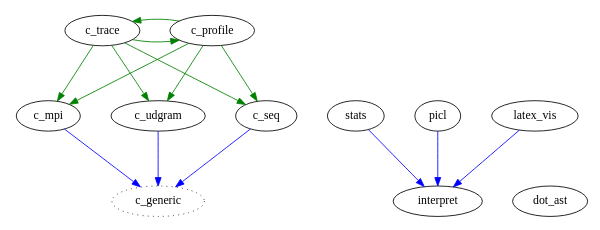
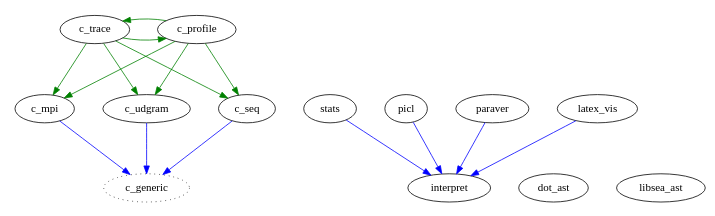
The diagram in doc/backend-deps.dot (lanl/coNCePTuaL), drawn with Graphviz before and after one commit. The commit also changed 217 other files, not shown here.

```diff
--- a/doc/backend-deps.dot
+++ b/doc/backend-deps.dot
@@ -1,84 +1,87 @@
 /* ----------------------------------------------------------------------
  *
  * Show which backends are built on which other backends
  *
  * By Scott Pakin <pakin@lanl.gov>
  *
  * ----------------------------------------------------------------------
  *
- * Copyright (C) 2009, Los Alamos National Security, LLC
+ * Copyright (C) 2011, Los Alamos National Security, LLC
  * All rights reserved.
  * 
- * Copyright (2009).  Los Alamos National Security, LLC.  This software
+ * Copyright (2011).  Los Alamos National Security, LLC.  This software
  * was produced under U.S. Government contract DE-AC52-06NA25396
  * for Los Alamos National Laboratory (LANL), which is operated by
  * Los Alamos National Security, LLC (LANS) for the U.S. Department
  * of Energy. The U.S. Government has rights to use, reproduce,
  * and distribute this software.  NEITHER THE GOVERNMENT NOR LANS
  * MAKES ANY WARRANTY, EXPRESS OR IMPLIED, OR ASSUMES ANY LIABILITY
  * FOR THE USE OF THIS SOFTWARE. If software is modified to produce
  * derivative works, such modified software should be clearly marked,
  * so as not to confuse it with the version available from LANL.
  * 
  * Additionally, redistribution and use in source and binary forms,
  * with or without modification, are permitted provided that the
  * following conditions are met:
  * 
  *   * Redistributions of source code must retain the above copyright
  *     notice, this list of conditions and the following disclaimer.
  * 
  *   * Redistributions in binary form must reproduce the above copyright
  *     notice, this list of conditions and the following disclaimer
  *     in the documentation and/or other materials provided with the
  *     distribution.
  * 
  *   * Neither the name of Los Alamos National Security, LLC, Los Alamos
  *     National Laboratory, the U.S. Government, nor the names of its
  *     contributors may be used to endorse or promote products derived
  *     from this software without specific prior written permission.
  * 
  * THIS SOFTWARE IS PROVIDED BY LANS AND CONTRIBUTORS "AS IS" AND ANY
  * EXPRESS OR IMPLIED WARRANTIES, INCLUDING, BUT NOT LIMITED TO, THE
  * IMPLIED WARRANTIES OF MERCHANTABILITY AND FITNESS FOR A PARTICULAR
  * PURPOSE ARE DISCLAIMED. IN NO EVENT SHALL LANS OR CONTRIBUTORS BE
  * LIABLE FOR ANY DIRECT, INDIRECT, INCIDENTAL, SPECIAL, EXEMPLARY,
  * OR CONSEQUENTIAL DAMAGES (INCLUDING, BUT NOT LIMITED TO, PROCUREMENT
  * OF SUBSTITUTE GOODS OR SERVICES; LOSS OF USE, DATA, OR PROFITS; OR
  * BUSINESS INTERRUPTION) HOWEVER CAUSED AND ON ANY THEORY OF LIABILITY,
  * WHETHER IN CONTRACT, STRICT LIABILITY, OR TORT (INCLUDING NEGLIGENCE
  * OR OTHERWISE) ARISING IN ANY WAY OUT OF THE USE OF THIS SOFTWARE,
  * EVEN IF ADVISED OF THE POSSIBILITY OF SUCH DAMAGE.
  *
  * ----------------------------------------------------------------------
  */
 
 digraph backends {
   ranksep = 0.9;
   nodesep = 0.5;
-  size = "5,5";
+  size = "6,6";
   edge [color="blue"];
 
   {rank = same; c_trace; c_profile}
   c_trace -> c_profile [color="green"];
   c_profile -> c_trace [color="green"];
 
   c_trace -> c_mpi [color="green"];
   c_profile -> c_mpi [color="green"];
   c_trace -> c_udgram [color="green"];
   c_profile -> c_udgram [color="green"];
   c_trace -> c_seq [color="green"];
   c_profile -> c_seq [color="green"];
 
   c_generic [style="dotted"];
   c_mpi -> c_generic;
   c_udgram -> c_generic;
   c_seq -> c_generic;
 
-  {rank = same; c_generic; interpret; dot_ast}
+  {rank = same; c_generic; interpret; dot_ast; libsea_ast}
 
   stats -> interpret;
   picl -> interpret;
+  paraver -> interpret;
   latex_vis -> interpret;
 
   dot_ast;
+
+  libsea_ast;
 }
```
